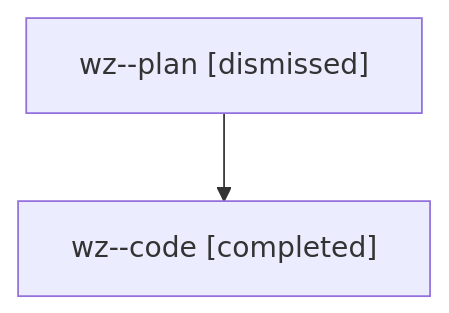
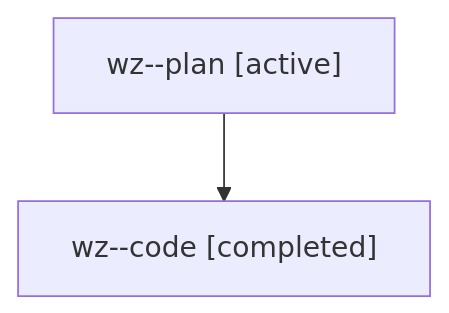
One commit to sase-org/sase--agents changed the diagram in families/bbugyi200.athena.wz.md. Above: the diagram before and after it, drawn with Mermaid. The commit also changed other lines of this file and 35830 other files, not shown here.

````diff
--- a/families/bbugyi200.athena.wz.md
+++ b/families/bbugyi200.athena.wz.md
@@ -9,6 +9,6 @@
 ```mermaid
 flowchart TD
-  n0["wz--plan [dismissed]"]
+  n0["wz--plan [active]"]
   n1["wz--code [completed]"]
   n0 --> n1
 ```
````
